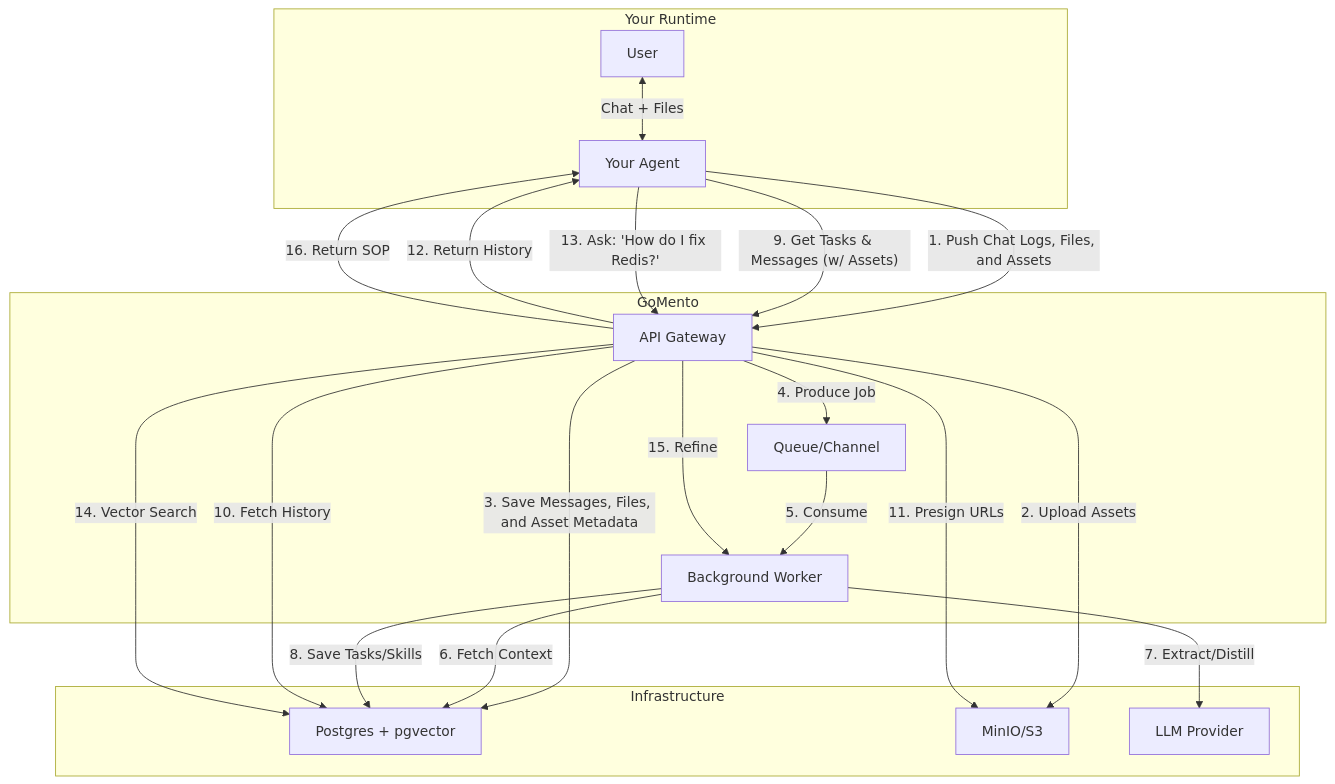
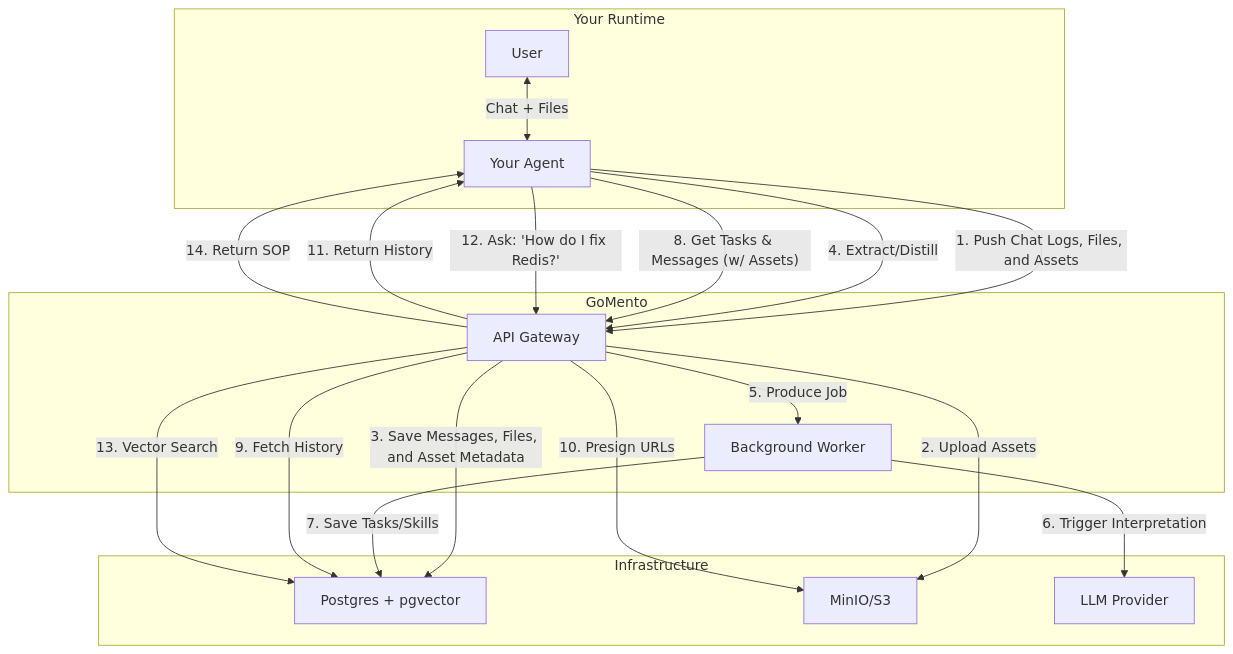
Before and after one commit to w-h-a/gomento: the first of 2 diagrams in README.md, drawn with Mermaid. The commit also changed 1 other file, not shown here.

Commit message:
docs: update README (#57)

````diff
--- a/README.md
+++ b/README.md
@@ -23,42 +23,39 @@
 ```mermaid
 graph TD
     subgraph "Your Runtime"
         User[User] <-->|Chat + Files| Agent[Your Agent]
     end
 
     subgraph "GoMento"
         API[API Gateway]
-        Queue[Queue/Channel]
         Worker[Background Worker]
     end
 
     subgraph "Infrastructure"
         Postgres[Postgres + pgvector]
         MinIO[MinIO/S3]
         LLM[LLM Provider]
     end
 
     %% Flow 1: Storing Context
     Agent -- "1. Push Chat Logs, Files, and Assets" --> API
     API -- "2. Upload Assets" --> MinIO
     API -- "3. Save Messages, Files, and Asset Metadata" --> Postgres
-    API -- "4. Produce Job" --> Queue
     
     %% Flow 2: Interpretation
-    Queue -- "5. Consume" --> Worker
-    Worker -- "6. Fetch Context" --> Postgres
-    Worker -- "7. Extract/Distill" --> LLM
-    Worker -- "8. Save Tasks/Skills" --> Postgres
+    Agent -- "4. Extract/Distill" --> API
+    API -- "5. Produce Job" --> Worker
+    Worker -- "6. Trigger Interpretation" --> LLM
+    Worker -- "7. Save Tasks/Skills" --> Postgres
 
     %% Flow 3: Retrieval (Current Session History)
-    Agent -- "9. Get Tasks & Messages (w/ Assets)" --> API
-    API -- "10. Fetch History" --> Postgres
-    API -- "11. Presign URLs" --> MinIO
-    API -- "12. Return History" --> Agent
+    Agent -- "8. Get Tasks & Messages (w/ Assets)" --> API
+    API -- "9. Fetch History" --> Postgres
+    API -- "10. Presign URLs" --> MinIO
+    API -- "11. Return History" --> Agent
 
     %% Flow 4: Retrieval (Skills)
-    Agent -- "13. Ask: 'How do I fix Redis?'" --> API
-    API -- "14. Vector Search" --> Postgres
-    API -- "15. Refine" --> Worker
-    API -- "16. Return SOP" --> Agent
+    Agent -- "12. Ask: 'How do I fix Redis?'" --> API
+    API -- "13. Vector Search" --> Postgres
+    API -- "14. Return SOP" --> Agent
 ```
````
